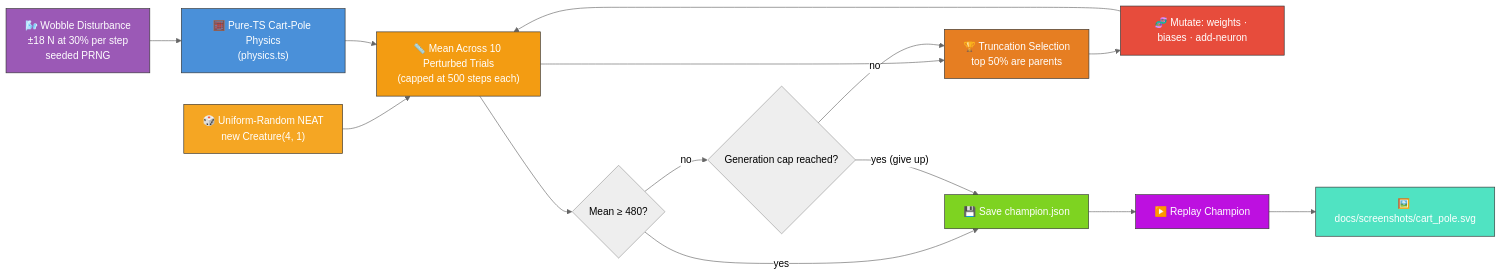
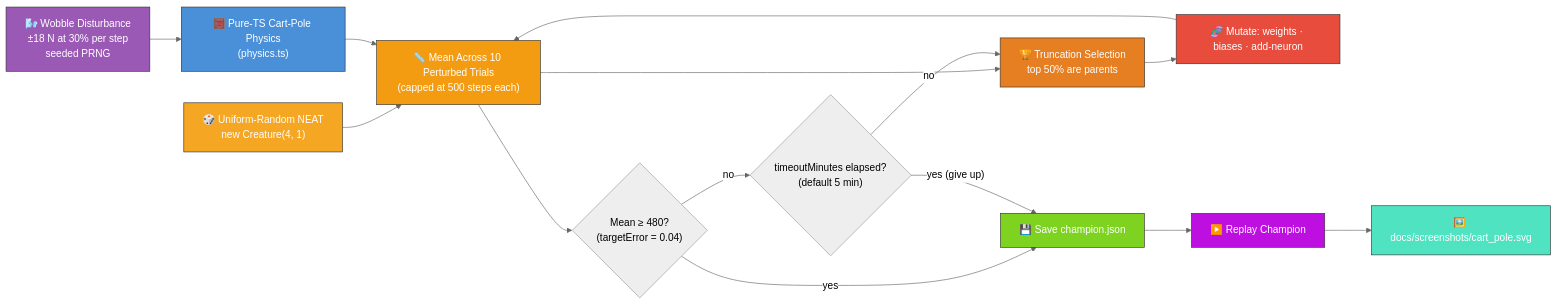
Before and after one commit to stSoftwareAU/NEAT-AI-Examples: the diagram in cart_pole/README.md, drawn with Mermaid (neutral theme). The commit also changed other lines of this file and 10 other files, not shown here.

````diff
--- a/cart_pole/README.md
+++ b/cart_pole/README.md
@@ -34,38 +34,38 @@
 ```mermaid
 flowchart LR
     PHYS["🧮 Pure-TS Cart-Pole Physics<br/>(physics.ts)"]
     WOBBLE["🌬️ Wobble Disturbance<br/>±18 N at 30% per step<br/>seeded PRNG"]
     INIT["🎲 Uniform-Random NEAT<br/>new Creature(4, 1)"]
     SCORE["📏 Mean Across 10 Perturbed Trials<br/>(capped at 500 steps each)"]
     SELECT["🏆 Truncation Selection<br/>top 50% are parents"]
     MUTATE["🧬 Mutate: weights · biases · add-neuron"]
-    SOLVED{"Mean ≥ 480?"}
-    CAP{"Generation cap reached?"}
+    SOLVED{"Mean ≥ 480?<br/>(targetError = 0.04)"}
+    CAP{"timeoutMinutes elapsed?<br/>(default 5 min)"}
     CHAMP["💾 Save champion.json"]
     RUN["▶️ Replay Champion"]
     SVG["🖼️ docs/screenshots/cart_pole.svg"]
 
     INIT --> SCORE
     PHYS --> SCORE
     WOBBLE --> PHYS
     SCORE --> SELECT
     SELECT --> MUTATE
     MUTATE --> SCORE
     SCORE --> SOLVED
     SOLVED -- yes --> CHAMP
     SOLVED -- no --> CAP
     CAP -- no --> SELECT
     CAP -- yes (give up) --> CHAMP
     CHAMP --> RUN
     RUN --> SVG
 
     style PHYS fill:#4a90d9,stroke:#333,color:#fff
     style WOBBLE fill:#9b59b6,stroke:#333,color:#fff
     style INIT fill:#f5a623,stroke:#333,color:#fff
     style SCORE fill:#f39c12,stroke:#333,color:#fff
     style SELECT fill:#e67e22,stroke:#333,color:#fff
     style MUTATE fill:#e74c3c,stroke:#333,color:#fff
     style CHAMP fill:#7ed321,stroke:#333,color:#fff
     style RUN fill:#bd10e0,stroke:#333,color:#fff
     style SVG fill:#50e3c2,stroke:#333,color:#fff
 ```
````
